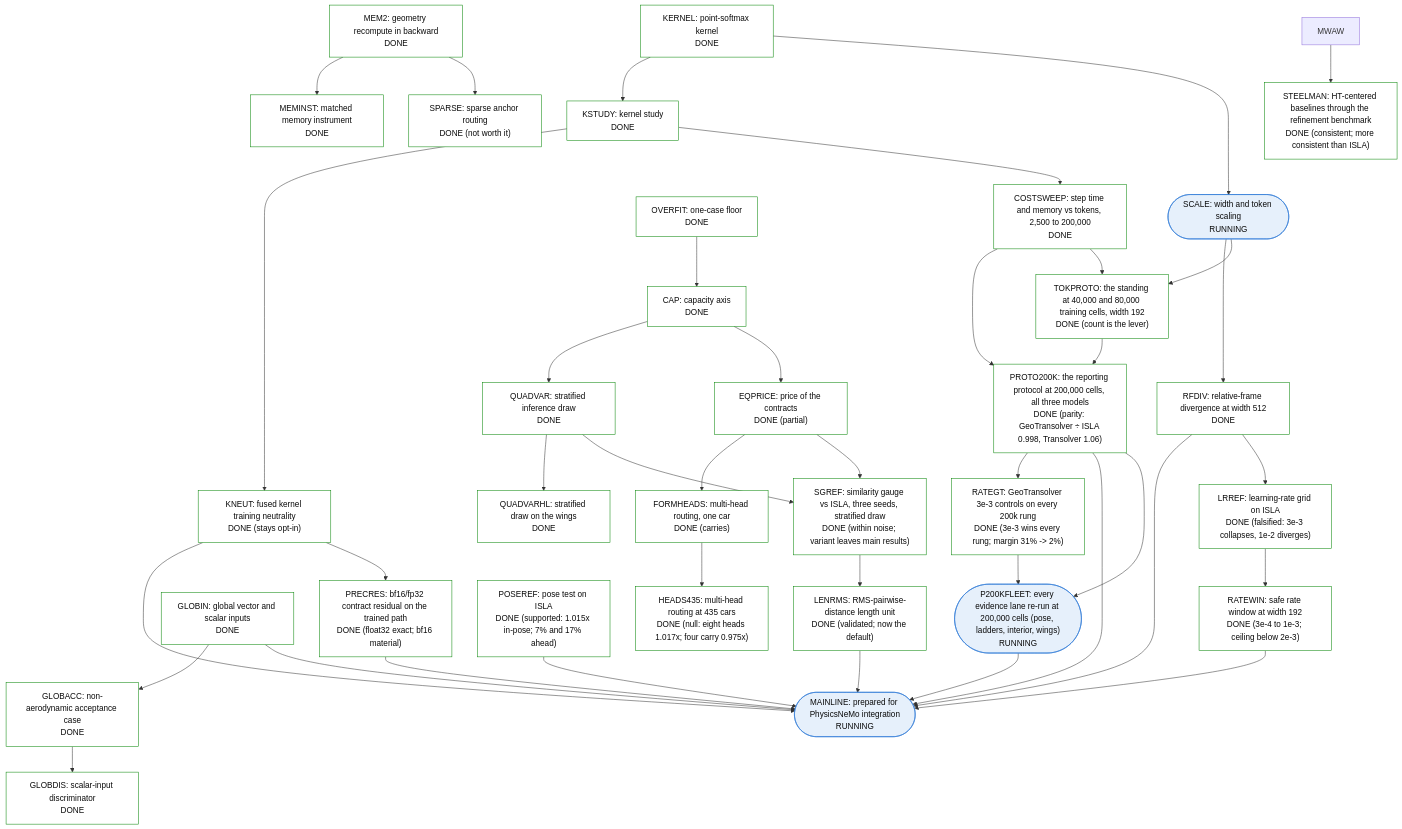
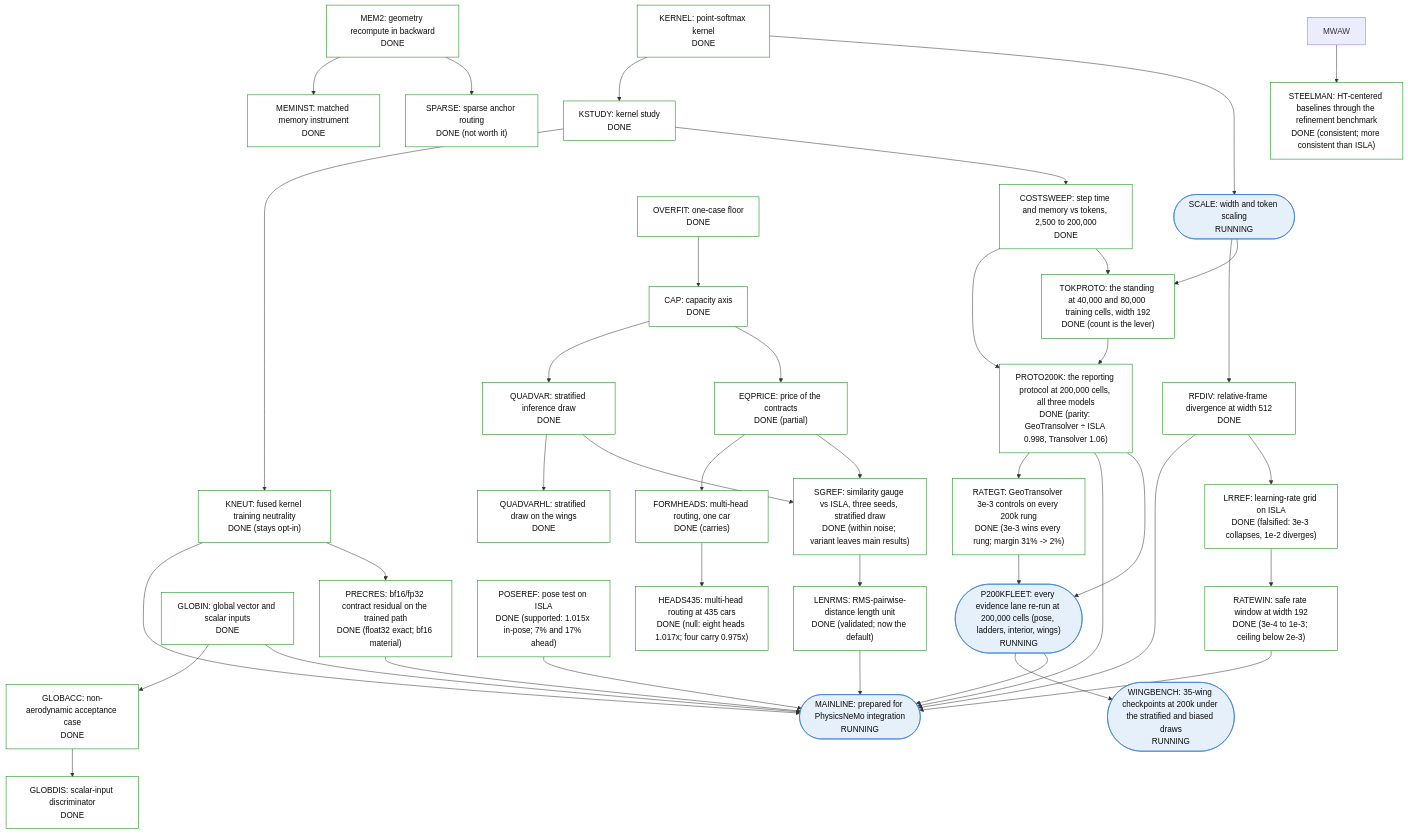
One commit to peterdsharpe/physicsnemo changed the fifth of 5 diagrams in examples/cfd/mesh_transformer/book/13-program-status.qmd. Above: the diagram before and after it, drawn with Mermaid. The commit also changed other lines of this file and 1 other file, not shown here.

Commit message:
Preregistration WING-BENCH-200K: the six 35-wing checkpoints at 200k under the independent, stratified and 10:1-biased draws; bars for draw variance (ratio within 0.03) and pattern-bound lead (baseline density factors above 3, ISLA below 1.5); ledger node

````diff
--- a/examples/cfd/mesh_transformer/book/13-program-status.qmd
+++ b/examples/cfd/mesh_transformer/book/13-program-status.qmd
@@ -281,80 +281,82 @@
 ```{mermaid}
 %%| fig-cap: >
 %%|   Sub-tree 5: cost, scale, deficit anatomy and mainline. HEADS435 is the
 %%|   one node RUNNING with a bar that could change ISLA's
 %%|   configuration; MAINLINE is the productization node.
 flowchart TB
     classDef done fill:#ffffff,stroke:#008300,color:#0b0b0b
     classDef running fill:#e6f0fb,stroke:#2a78d6,color:#0b0b0b
     classDef planned fill:#ffffff,stroke:#898781,color:#0b0b0b,stroke-dasharray:4 3
     classDef stopped fill:#f4f3ee,stroke:#52514e,color:#0b0b0b
     MEM2["MEM2: geometry recompute in backward<br/>DONE"]:::done
     MEMINST["MEMINST: matched memory instrument<br/>DONE"]:::done
     SPARSE["SPARSE: sparse anchor routing<br/>DONE (not worth it)"]:::done
     KERNEL["KERNEL: point-softmax kernel<br/>DONE"]:::done
     KSTUDY["KSTUDY: kernel study<br/>DONE"]:::done
     KNEUT["KNEUT: fused kernel training neutrality<br/>DONE (stays opt-in)"]:::done
     SCALE(["SCALE: width and token scaling<br/>RUNNING"]):::running
     RFDIV["RFDIV: relative-frame divergence at width 512<br/>DONE"]:::done
     OVERFIT["OVERFIT: one-case floor<br/>DONE"]:::done
     CAP["CAP: capacity axis<br/>DONE"]:::done
     QUADVAR["QUADVAR: stratified inference draw<br/>DONE"]:::done
     QUADVARHL["QUADVARHL: stratified draw on the wings<br/>DONE"]:::done
     EQPRICE["EQPRICE: price of the contracts<br/>DONE (partial)"]:::done
     FORMHEADS["FORMHEADS: multi-head routing, one car<br/>DONE (carries)"]:::done
     HEADS435["HEADS435: multi-head routing at 435 cars<br/>DONE (null: eight heads 1.017x; four carry 0.975x)"]:::done
     GLOBIN["GLOBIN: global vector and scalar inputs<br/>DONE"]:::done
     GLOBACC["GLOBACC: non-aerodynamic acceptance case<br/>DONE"]:::done
     GLOBDIS["GLOBDIS: scalar-input discriminator<br/>DONE"]:::done
     MAINLINE(["MAINLINE: prepared for PhysicsNeMo integration<br/>RUNNING"]):::running
     PRECRES["PRECRES: bf16/fp32 contract residual on the trained path<br/>DONE (float32 exact; bf16 material)"]:::done
     SGREF["SGREF: similarity gauge vs ISLA, three seeds, stratified draw<br/>DONE (within noise; variant leaves main results)"]:::done
     POSEREF["POSEREF: pose test on ISLA<br/>DONE (supported: 1.015x in-pose; 7% and 17% ahead)"]:::done
     LRREF["LRREF: learning-rate grid on ISLA<br/>DONE (falsified: 3e-3 collapses, 1e-2 diverges)"]:::done
     RATEWIN["RATEWIN: safe rate window at width 192<br/>DONE (3e-4 to 1e-3; ceiling below 2e-3)"]:::done
+    WINGBENCH(["WINGBENCH: 35-wing checkpoints at 200k under the stratified and biased draws<br/>RUNNING"]):::running
     RATEGT["RATEGT: GeoTransolver 3e-3 controls on every 200k rung<br/>DONE (3e-3 wins every rung; margin 31% -> 2%)"]:::done
     LENRMS["LENRMS: RMS-pairwise-distance length unit<br/>DONE (validated; now the default)"]:::done
     STEELMAN["STEELMAN: HT-centered baselines through the refinement benchmark<br/>DONE (consistent; more consistent than ISLA)"]:::done
     TOKPROTO["TOKPROTO: the standing at 40,000 and 80,000 training cells, width 192<br/>DONE (count is the lever)"]:::done
     PROTO200K["PROTO200K: the reporting protocol at 200,000 cells, all three models<br/>DONE (parity: GeoTransolver ÷ ISLA 0.998, Transolver 1.06)"]:::done
     P200KFLEET(["P200KFLEET: every evidence lane re-run at 200,000 cells (pose, ladders, interior, wings)<br/>RUNNING"]):::running
     COSTSWEEP["COSTSWEEP: step time and memory vs tokens, 2,500 to 200,000<br/>DONE"]:::done
     MEM2 --> MEMINST
     MEM2 --> SPARSE
     KERNEL --> KSTUDY
     KSTUDY --> KNEUT
     KERNEL --> SCALE
     SCALE --> RFDIV
     OVERFIT --> CAP
     CAP --> QUADVAR
     QUADVAR --> QUADVARHL
     CAP --> EQPRICE
     EQPRICE --> FORMHEADS
     FORMHEADS --> HEADS435
     GLOBIN --> GLOBACC
     GLOBACC --> GLOBDIS
     GLOBIN --> MAINLINE
     RFDIV --> MAINLINE
     KNEUT --> MAINLINE
     KNEUT --> PRECRES
     PRECRES --> MAINLINE
     QUADVAR --> SGREF
     EQPRICE --> SGREF
     RFDIV --> LRREF
     POSEREF --> MAINLINE
     LRREF --> RATEWIN
     PROTO200K --> RATEGT
     RATEGT --> P200KFLEET
+    P200KFLEET --> WINGBENCH
     RATEWIN --> MAINLINE
     SGREF --> LENRMS
     LENRMS --> MAINLINE
     MWAW --> STEELMAN
     SCALE --> TOKPROTO
     TOKPROTO --> PROTO200K
     COSTSWEEP --> PROTO200K
     PROTO200K --> MAINLINE
     PROTO200K --> P200KFLEET
     P200KFLEET --> MAINLINE
     KSTUDY --> COSTSWEEP
     COSTSWEEP --> TOKPROTO
 ```
````
